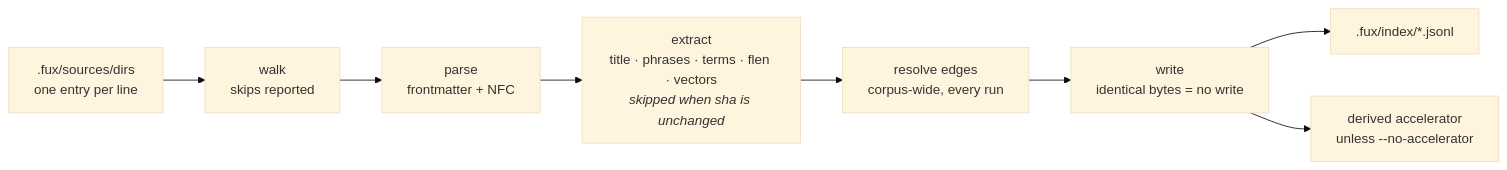
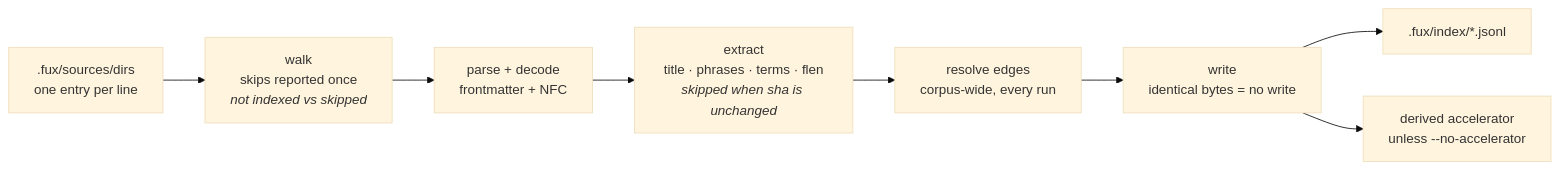
One commit to arpitarya/fux changed the diagram in docs/adr/0007_ingest.md. Above: the diagram before and after it, drawn with Mermaid (base theme). The commit also changed other lines of this file and 442 other files, not shown here.

````diff
--- a/docs/adr/0007_ingest.md
+++ b/docs/adr/0007_ingest.md
@@ -100,10 +62,10 @@
 ```mermaid
 flowchart LR
-    S[".fux/sources/dirs<br/>one entry per line"] --> W["walk<br/>skips reported"]
-    W --> P["parse<br/>frontmatter + NFC"]
-    P --> X["extract<br/>title · phrases · terms · flen · vectors<br/><i>skipped when sha is unchanged</i>"]
+    S[".fux/sources/dirs<br/>one entry per line"] --> W["walk<br/>skips reported once<br/><i>not indexed vs skipped</i>"]
+    W --> P["parse + decode<br/>frontmatter + NFC"]
+    P --> X["extract<br/>title · phrases · terms · flen<br/><i>skipped when sha is unchanged</i>"]
     X --> E["resolve edges<br/>corpus-wide, every run"]
     E --> WR["write<br/>identical bytes = no write"]
     WR --> I[".fux/index/*.jsonl"]
     WR --> D["derived accelerator<br/>unless --no-accelerator"]
 ```
````
